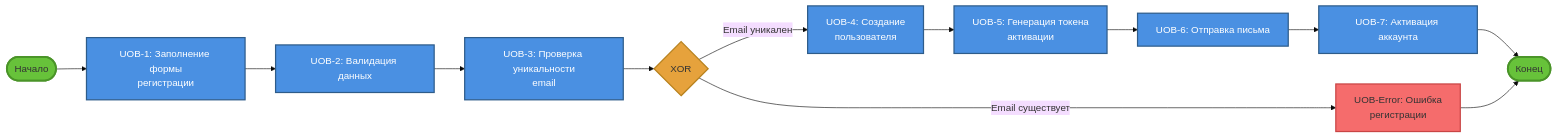
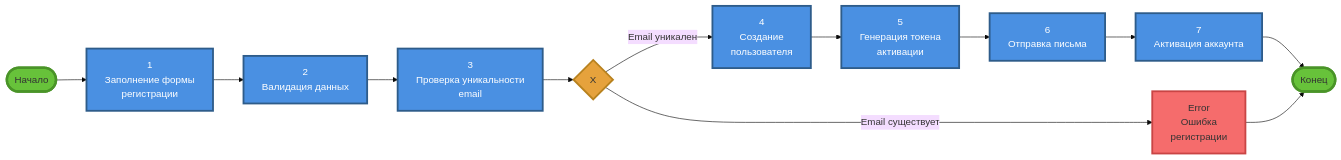
Before and after one commit to Edisheri/system-engineering-playbook: the diagram in src/architecture/idef3.md, drawn with Mermaid (base theme). The commit also changed 2 other files, not shown here.

Commit message:
Update IDEF0, IDEF3, DFD diagrams to match correct methodology style from examples - IDEF0 A0: Simplified layout with proper ICOM positioning - IDEF0 Decomposition: Added sequential flow diagram A1->A2->A3->A4 - IDEF3: Updated UOB numbering style (numbers in boxes) and Junction symbols - DFD: Simplified process and data store notation

````diff
--- a/src/architecture/idef3.md
+++ b/src/architecture/idef3.md
@@ -38,26 +38,26 @@
 ```mermaid
 flowchart LR
-    Start([Начало]) --> UOB1["UOB-1: Заполнение формы<br/>регистрации"]
-    UOB1 --> UOB2["UOB-2: Валидация данных"]
-    UOB2 --> UOB3["UOB-3: Проверка уникальности<br/>email"]
-    UOB3 --> Junction1{XOR}
-    Junction1 -->|Email уникален| UOB4["UOB-4: Создание<br/>пользователя"]
-    Junction1 -->|Email существует| UOBError["UOB-Error: Ошибка<br/>регистрации"]
-    UOB4 --> UOB5["UOB-5: Генерация токена<br/>активации"]
-    UOB5 --> UOB6["UOB-6: Отправка письма"]
-    UOB6 --> UOB7["UOB-7: Активация аккаунта"]
+    Start([Начало]) --> UOB1["1<br/>Заполнение формы<br/>регистрации"]
+    UOB1 --> UOB2["2<br/>Валидация данных"]
+    UOB2 --> UOB3["3<br/>Проверка уникальности<br/>email"]
+    UOB3 --> J1{X}
+    J1 -->|Email уникален| UOB4["4<br/>Создание<br/>пользователя"]
+    J1 -->|Email существует| UOBError["Error<br/>Ошибка<br/>регистрации"]
+    UOB4 --> UOB5["5<br/>Генерация токена<br/>активации"]
+    UOB5 --> UOB6["6<br/>Отправка письма"]
+    UOB6 --> UOB7["7<br/>Активация аккаунта"]
     UOB7 --> End([Конец])
     UOBError --> End
     
-    style UOB1 fill:#4a90e2,stroke:#2e5c8a,stroke-width:2px,color:#fff
-    style UOB2 fill:#4a90e2,stroke:#2e5c8a,stroke-width:2px,color:#fff
-    style UOB3 fill:#4a90e2,stroke:#2e5c8a,stroke-width:2px,color:#fff
-    style UOB4 fill:#4a90e2,stroke:#2e5c8a,stroke-width:2px,color:#fff
-    style UOB5 fill:#4a90e2,stroke:#2e5c8a,stroke-width:2px,color:#fff
-    style UOB6 fill:#4a90e2,stroke:#2e5c8a,stroke-width:2px,color:#fff
-    style UOB7 fill:#4a90e2,stroke:#2e5c8a,stroke-width:2px,color:#fff
-    style UOBError fill:#f56c6c,stroke:#c94545,stroke-width:2px
-    style Junction1 fill:#e6a23c,stroke:#b8821e,stroke-width:2px
-    style Start fill:#67c23a,stroke:#4a9428,stroke-width:3px
-    style End fill:#67c23a,stroke:#4a9428,stroke-width:3px
+    style UOB1 fill:#4a90e2,stroke:#2e5c8a,stroke-width:3px,color:#fff
+    style UOB2 fill:#4a90e2,stroke:#2e5c8a,stroke-width:3px,color:#fff
+    style UOB3 fill:#4a90e2,stroke:#2e5c8a,stroke-width:3px,color:#fff
+    style UOB4 fill:#4a90e2,stroke:#2e5c8a,stroke-width:3px,color:#fff
+    style UOB5 fill:#4a90e2,stroke:#2e5c8a,stroke-width:3px,color:#fff
+    style UOB6 fill:#4a90e2,stroke:#2e5c8a,stroke-width:3px,color:#fff
+    style UOB7 fill:#4a90e2,stroke:#2e5c8a,stroke-width:3px,color:#fff
+    style UOBError fill:#f56c6c,stroke:#c94545,stroke-width:3px
+    style J1 fill:#e6a23c,stroke:#b8821e,stroke-width:3px
+    style Start fill:#67c23a,stroke:#4a9428,stroke-width:4px
+    style End fill:#67c23a,stroke:#4a9428,stroke-width:4px
 ```
````
